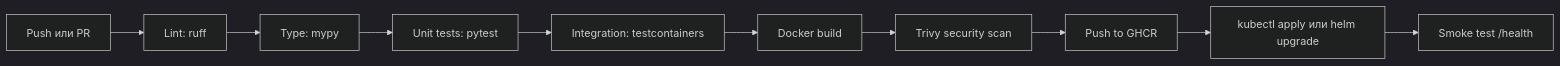
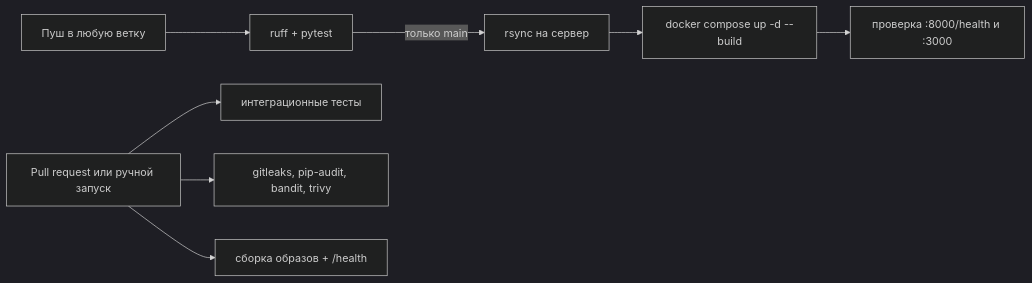
Before and after one commit to BAITC-Hacks/hack-9013145c-opentowork: the third of 3 diagrams in docs/05-deployment-and-kubernetes.md, drawn with Mermaid (dark theme). The commit also changed other lines of this file and 7 other files, not shown here.

````diff
--- a/docs/05-deployment-and-kubernetes.md
+++ b/docs/05-deployment-and-kubernetes.md
@@ -219,12 +217,10 @@
 ```mermaid
 graph LR
-    D["Push или PR"] --> L["Lint: ruff"]
-    L --> T["Type: mypy"]
-    T --> U["Unit tests: pytest"]
-    U --> I["Integration: testcontainers"]
-    I --> B["Docker build"]
-    B --> S["Trivy security scan"]
-    S --> R["Push to GHCR"]
-    R --> K["kubectl apply или helm upgrade"]
-    K --> H["Smoke test /health"]
+    P["Пуш в любую ветку"] --> T["ruff + pytest"]
+    T -->|только main| S["rsync на сервер"]
+    S --> B["docker compose up -d --build"]
+    B --> H["проверка :8000/health и :3000"]
+    PR["Pull request или ручной запуск"] --> I["интеграционные тесты"]
+    PR --> SEC["gitleaks, pip-audit, bandit, trivy"]
+    PR --> IMG["сборка образов + /health"]
 ```
````
